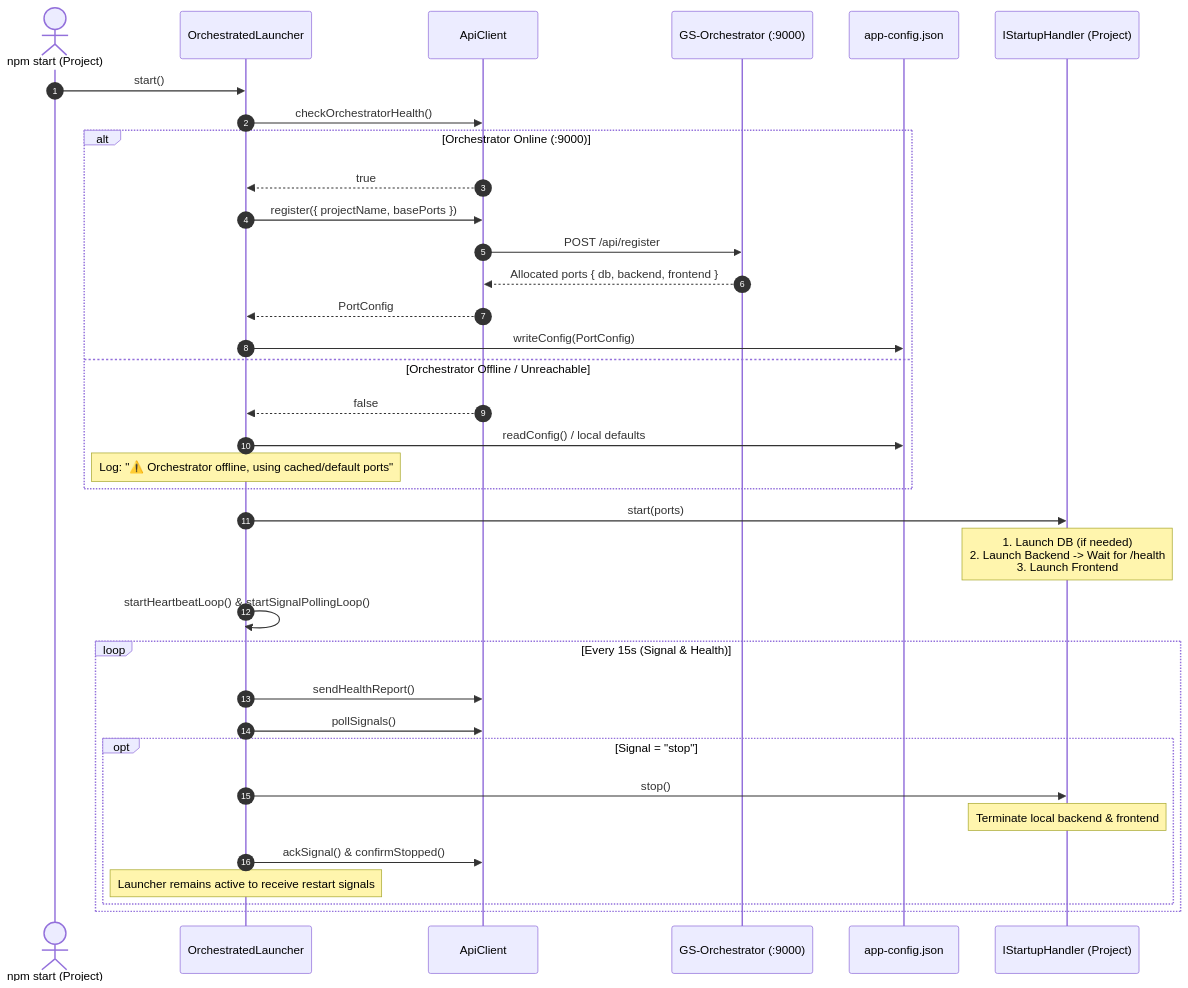
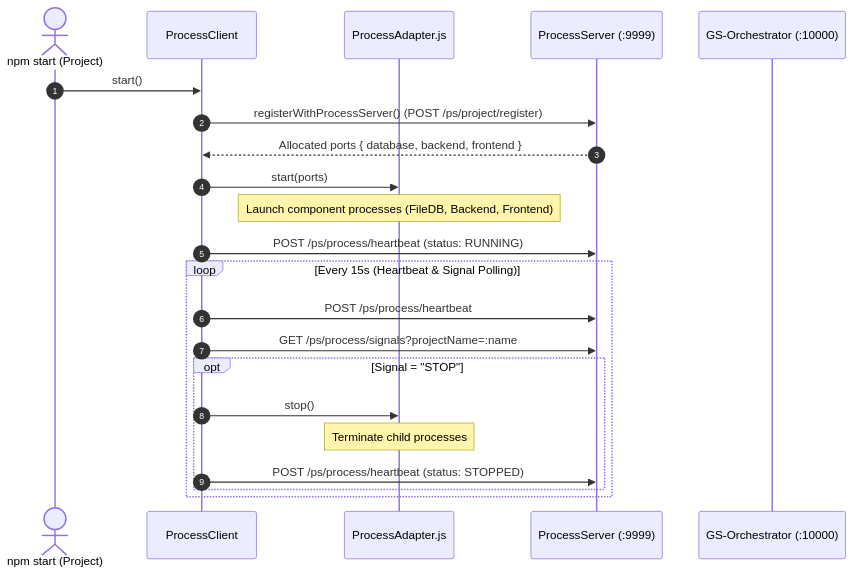
One commit to carltham/GS-Orchestrator changed the third of 3 diagrams in architecture/PROCESS_HANDLING_ARCHITECTURE.md. Above: the diagram before and after it, drawn with Mermaid. The commit also changed other lines of this file and 36 other files, not shown here.

First line of the commit message:
feat(client): add daemon mode and host-aware port collision detection

````diff
--- a/architecture/PROCESS_HANDLING_ARCHITECTURE.md
+++ b/architecture/PROCESS_HANDLING_ARCHITECTURE.md
@@ -178,42 +178,26 @@
 ```mermaid
 sequenceDiagram
     autonumber
     actor CLI as npm start (Project)
-    participant Launcher as OrchestratedLauncher
-    participant API as ApiClient
-    participant Orch as GS-Orchestrator (:9000)
-    participant Config as app-config.json
-    participant Handler as IStartupHandler (Project)
+    participant Launcher as ProcessClient
+    participant Adapter as ProcessAdapter.js
+    participant Server as ProcessServer (:9999)
+    participant Orch as GS-Orchestrator (:10000)
 
     CLI->>Launcher: start()
-    Launcher->>API: checkOrchestratorHealth()
-    
-    alt Orchestrator Online (:9000)
-        API-->>Launcher: true
-        Launcher->>API: register({ projectName, basePorts })
-        API->>Orch: POST /api/register
-        Orch-->>API: Allocated ports { db, backend, frontend }
-        API-->>Launcher: PortConfig
-        Launcher->>Config: writeConfig(PortConfig)
-    else Orchestrator Offline / Unreachable
-        API-->>Launcher: false
-        Launcher->>Config: readConfig() / local defaults
-        note over Launcher: Log: "⚠️ Orchestrator offline, using cached/default ports"
-    end
+    Launcher->>Server: registerWithProcessServer() (POST /ps/project/register)
+    Server-->>Launcher: Allocated ports { database, backend, frontend }
+    Launcher->>Adapter: start(ports)
+    note over Adapter: Launch component processes (FileDB, Backend, Frontend)
+    Launcher->>Server: POST /ps/process/heartbeat (status: RUNNING)
 
-    Launcher->>Handler: start(ports)
-    note over Handler: 1. Launch DB (if needed)<br/>2. Launch Backend -> Wait for /health<br/>3. Launch Frontend
-
-    Launcher->>Launcher: startHeartbeatLoop() & startSignalPollingLoop()
-
-    loop Every 15s (Signal & Health)
-        Launcher->>API: sendHealthReport()
-        Launcher->>API: pollSignals()
-        opt Signal = "stop"
-            Launcher->>Handler: stop()
-            note over Handler: Terminate local backend & frontend
-            Launcher->>API: ackSignal() & confirmStopped()
-            note over Launcher: Launcher remains active to receive restart signals
+    loop Every 15s (Heartbeat & Signal Polling)
+        Launcher->>Server: POST /ps/process/heartbeat
+        Launcher->>Server: GET /ps/process/signals?projectName=:name
+        opt Signal = "STOP"
+            Launcher->>Adapter: stop()
+            note over Adapter: Terminate child processes
+            Launcher->>Server: POST /ps/process/heartbeat (status: STOPPED)
         end
     end
 ```
````
